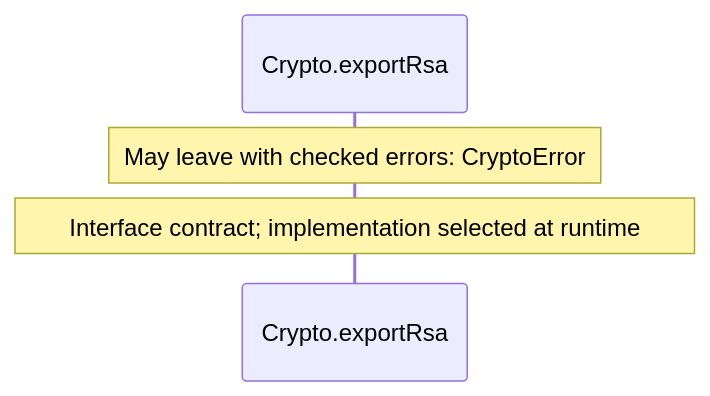
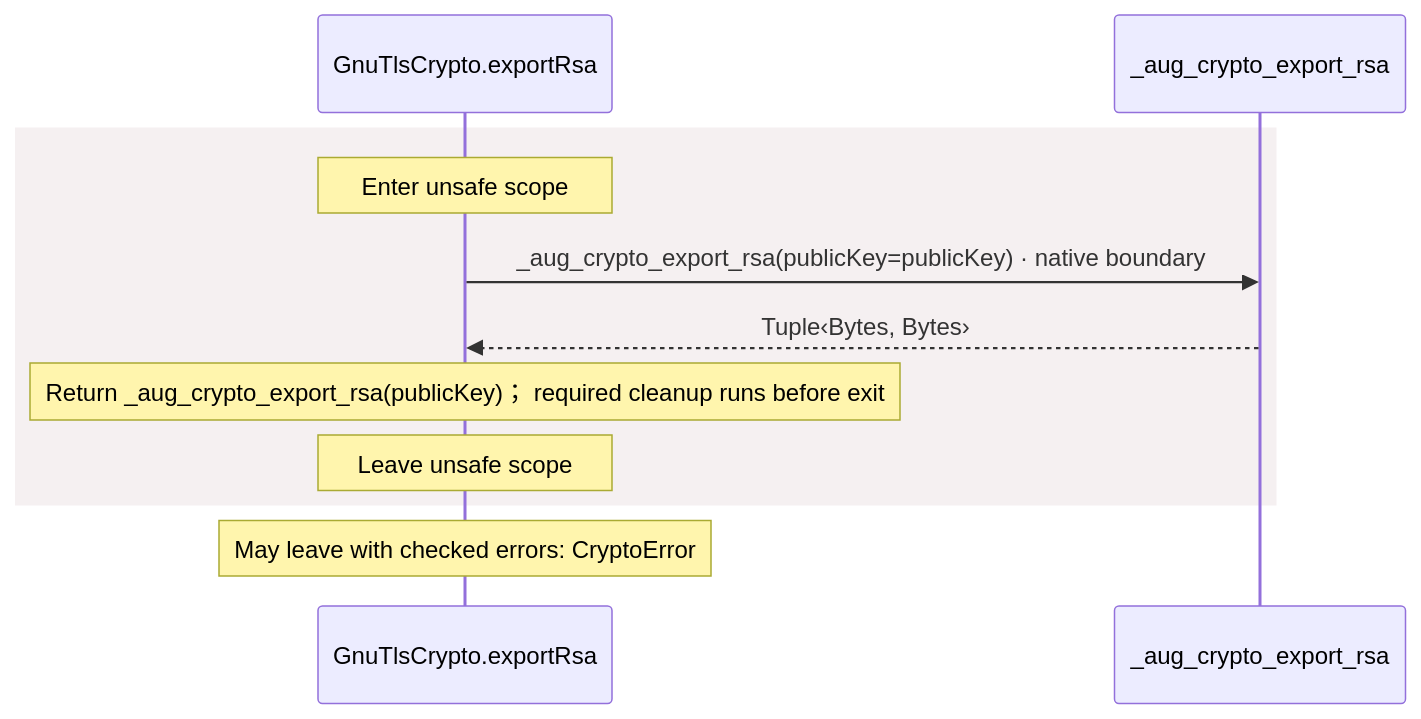
Diagram 12 of 14 in docs/examples/oidc-login/dependencies/packages/@git/url_9ef654c66d34ab8f5527/0.0.0-git.b14a0f9aa41f1ce58bd51133bcdc424033e40d40/contracts-diagrams.md (GreenPandaStudios/augscript), drawn with Mermaid before and after one commit. The commit also changed other lines of this file and 524 other files, not shown here.

Commit message:
Explain checked data flow at folder and service levels

````diff
--- a/docs/examples/oidc-login/dependencies/packages/@git/url_9ef654c66d34ab8f5527/0.0.0-git.b14a0f9aa41f1ce58bd51133bcdc424033e40d40/contracts-diagrams.md
+++ b/docs/examples/oidc-login/dependencies/packages/@git/url_9ef654c66d34ab8f5527/0.0.0-git.b14a0f9aa41f1ce58bd51133bcdc424033e40d40/contracts-diagrams.md
@@ -227,7 +450,13 @@
 ```mermaid
 sequenceDiagram
-    participant p0 as Crypto.exportRsa
-
+    participant p0 as GnuTlsCrypto.exportRsa
+    participant p1 as _aug_crypto_export_rsa
+    rect rgb(245, 240, 241)
+    Note over p0: Enter unsafe scope
+    p0->>p1: _aug_crypto_export_rsa(publicKey=publicKey) · native boundary
+    p1-->>p0: Tuple‹Bytes, Bytes›
+    Note over p0: Return _aug_crypto_export_rsa(publicKey)； required cleanup runs before exit
+    Note over p0: Leave unsafe scope
+    end
     Note over p0: May leave with checked errors: CryptoError
-    Note over p0: Interface contract#59; implementation selected at runtime
 ```
````
